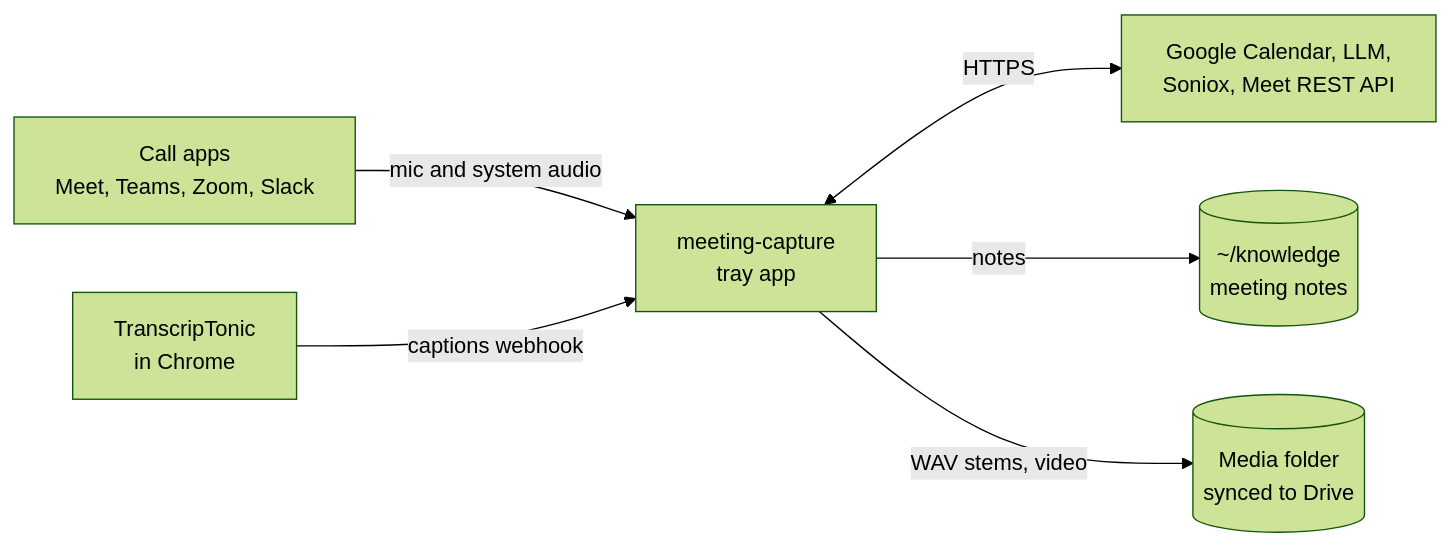
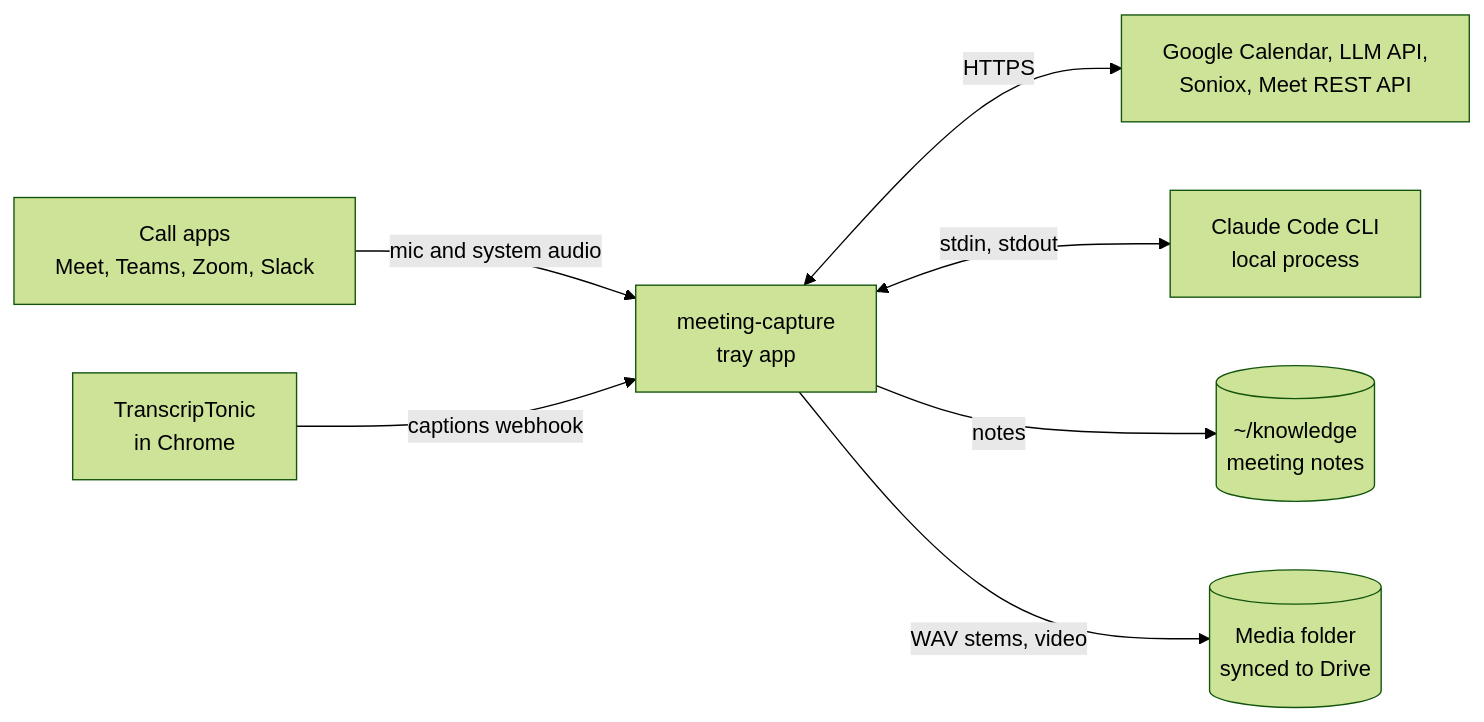
Before and after one commit to kujjwal02/meeting-capture: the first of 8 diagrams in docs/02-architecture.md, drawn with Mermaid (forest theme). The commit also changed other lines of this file and 6 other files, not shown here.

First line of the commit message:
Document LLM extraction and the step 5 architecture

````diff
--- a/docs/02-architecture.md
+++ b/docs/02-architecture.md
@@ -11,15 +11,17 @@
 ```mermaid
 flowchart LR
     CALL["Call apps<br/>Meet, Teams, Zoom, Slack"]
     TT["TranscripTonic<br/>in Chrome"]
     APP["meeting-capture<br/>tray app"]
-    EXT["Google Calendar, LLM,<br/>Soniox, Meet REST API"]
+    EXT["Google Calendar, LLM API,<br/>Soniox, Meet REST API"]
+    CC["Claude Code CLI<br/>local process"]
     VAULT[("~/knowledge<br/>meeting notes")]
     MEDIA[("Media folder<br/>synced to Drive")]
 
     CALL -->|mic and system audio| APP
     TT -->|captions webhook| APP
     APP <-->|HTTPS| EXT
+    APP <-->|stdin, stdout| CC
     APP -->|notes| VAULT
     APP -->|WAV stems, video| MEDIA
 ```
````
